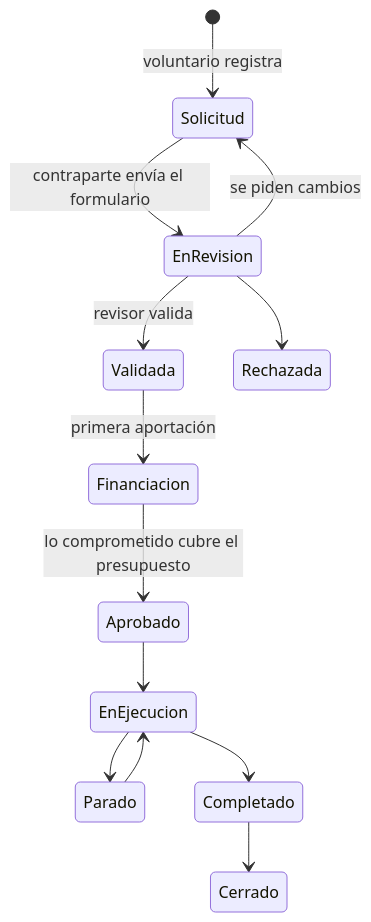
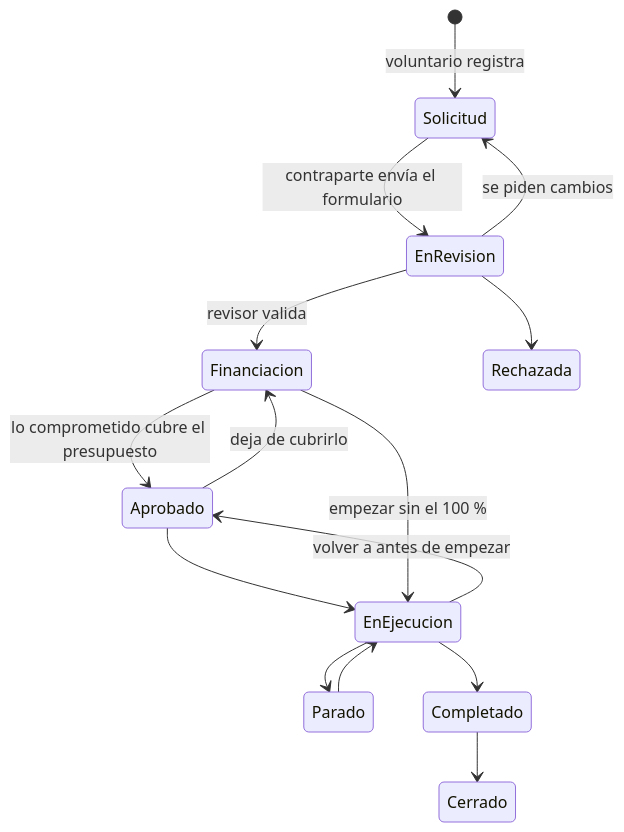
Before and after one commit to africadirecto/africa-directo-proyectos: the second of 3 diagrams in docs/ARQUITECTURA.md, drawn with Mermaid. The commit also changed other lines of this file and 27 other files, not shown here.

````diff
--- a/docs/ARQUITECTURA.md
+++ b/docs/ARQUITECTURA.md
@@ -35,15 +35,17 @@
 ```mermaid
 stateDiagram-v2
   [*] --> Solicitud: voluntario registra
   Solicitud --> EnRevision: contraparte envía el formulario
   EnRevision --> Solicitud: se piden cambios
-  EnRevision --> Validada: revisor valida
+  EnRevision --> Financiacion: revisor valida
   EnRevision --> Rechazada
-  Validada --> Financiacion: primera aportación
   Financiacion --> Aprobado: lo comprometido cubre el presupuesto
+  Aprobado --> Financiacion: deja de cubrirlo
   Aprobado --> EnEjecucion
+  Financiacion --> EnEjecucion: empezar sin el 100 %
+  EnEjecucion --> Aprobado: volver a antes de empezar
   EnEjecucion --> Parado
   Parado --> EnEjecucion
   EnEjecucion --> Completado
   Completado --> Cerrado
 ```
````
